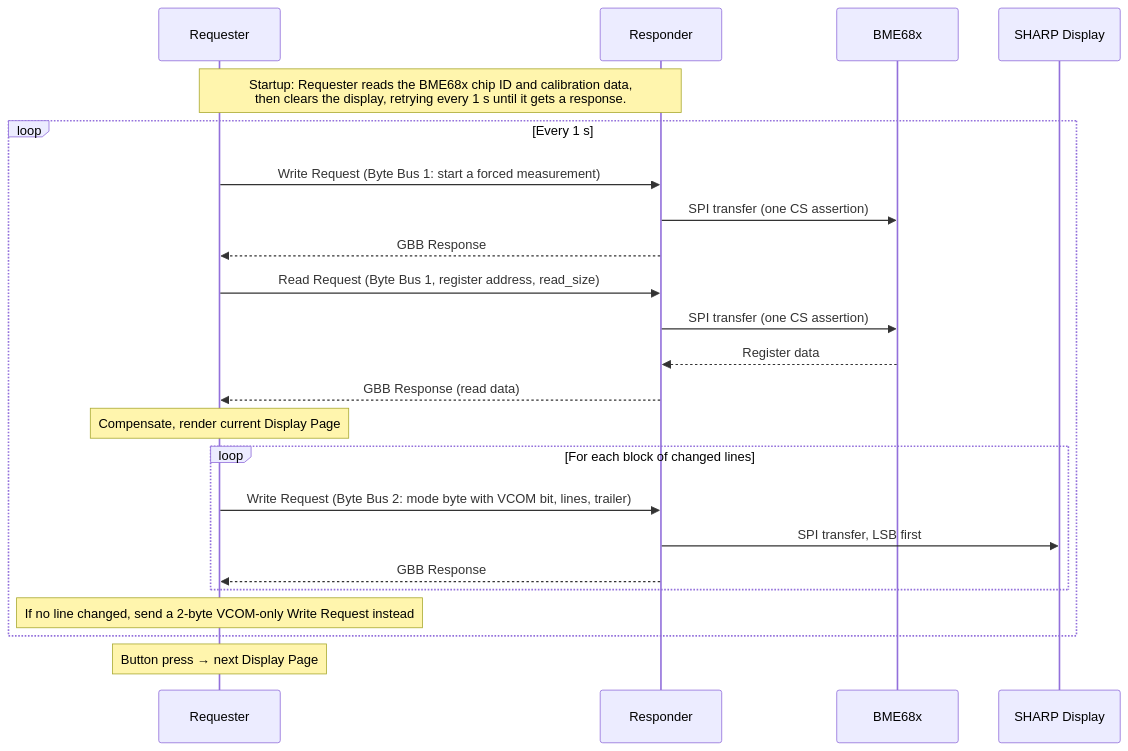
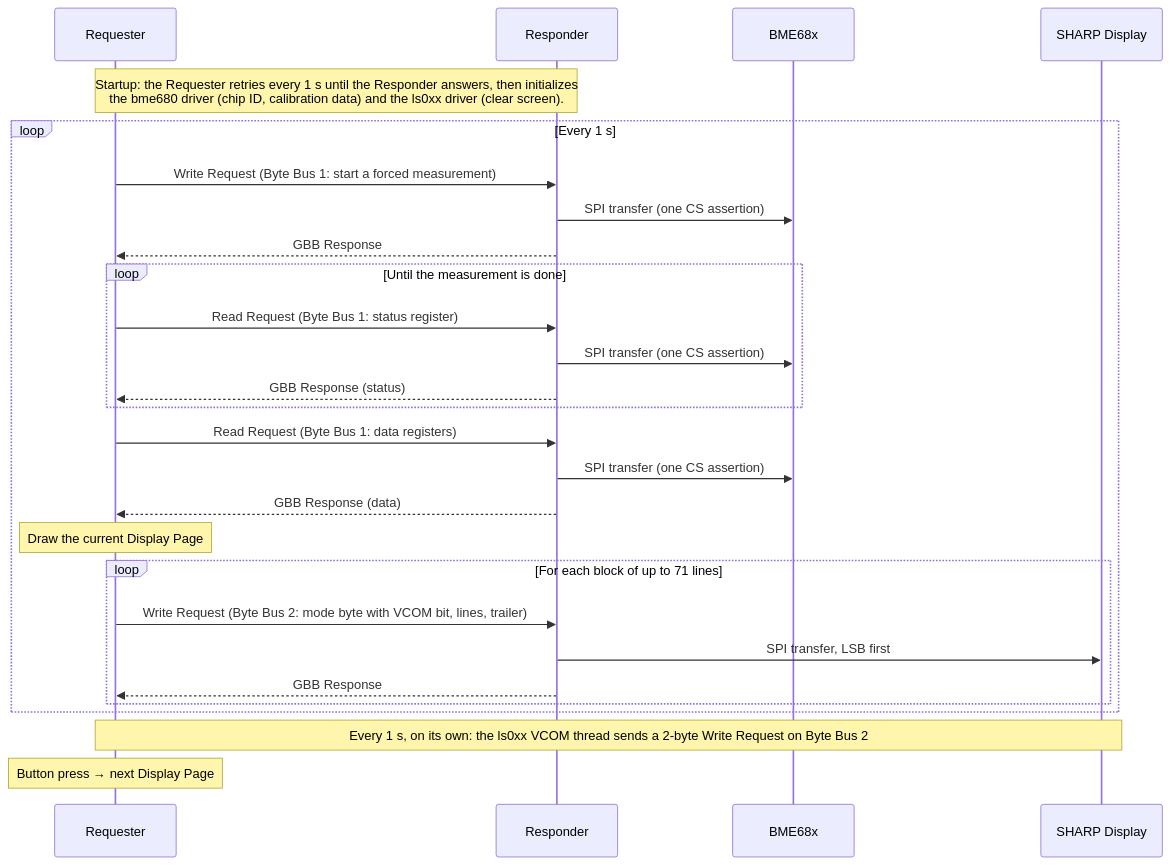
One commit to Kartoffelbauer/rts-open1722-remote-spi changed the second of 2 diagrams in docs/architecture.md. Above: the diagram before and after it, drawn with Mermaid. The commit also changed other lines of this file and 6 other files, not shown here.

Commit message:
Document the GBB SPI Controller design (ADR 0004)

````diff
--- a/docs/architecture.md
+++ b/docs/architecture.md
@@ -121,26 +137,30 @@
 ```mermaid
 sequenceDiagram
     participant A as Requester
     participant B as Responder
     participant S as BME68x
     participant O as SHARP Display
 
-    Note over A,B: Startup: Requester reads the BME68x chip ID and calibration data,<br/>then clears the display, retrying every 1 s until it gets a response.
+    Note over A,B: Startup: the Requester retries every 1 s until the Responder answers, then initializes<br/>the bme680 driver (chip ID, calibration data) and the ls0xx driver (clear screen).
     loop Every 1 s
         A->>B: Write Request (Byte Bus 1: start a forced measurement)
         B->>S: SPI transfer (one CS assertion)
         B-->>A: GBB Response
-        A->>B: Read Request (Byte Bus 1, register address, read_size)
+        loop Until the measurement is done
+            A->>B: Read Request (Byte Bus 1: status register)
+            B->>S: SPI transfer (one CS assertion)
+            B-->>A: GBB Response (status)
+        end
+        A->>B: Read Request (Byte Bus 1: data registers)
         B->>S: SPI transfer (one CS assertion)
-        S-->>B: Register data
-        B-->>A: GBB Response (read data)
-        Note over A: Compensate, render current Display Page
-        loop For each block of changed lines
+        B-->>A: GBB Response (data)
+        Note over A: Draw the current Display Page
+        loop For each block of up to 71 lines
             A->>B: Write Request (Byte Bus 2: mode byte with VCOM bit, lines, trailer)
             B->>O: SPI transfer, LSB first
             B-->>A: GBB Response
         end
-        Note over A: If no line changed, send a 2-byte VCOM-only Write Request instead
     end
+    Note over A,O: Every 1 s, on its own: the ls0xx VCOM thread sends a 2-byte Write Request on Byte Bus 2
     Note over A: Button press → next Display Page
 ```
````
